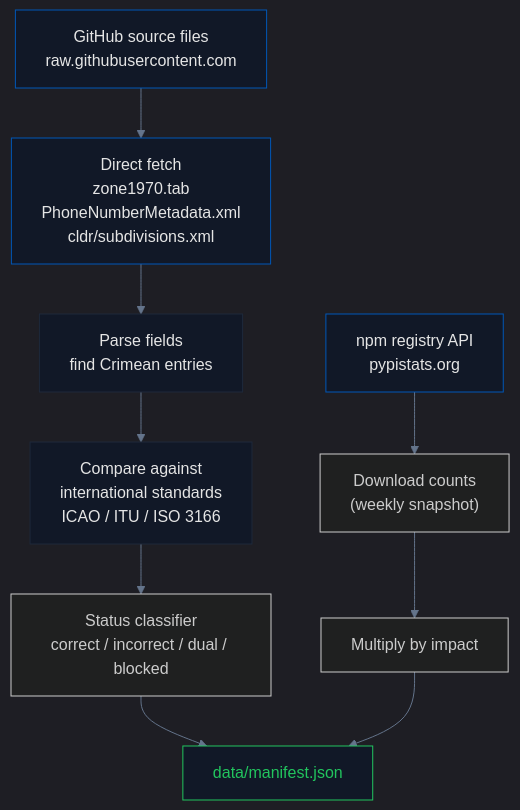
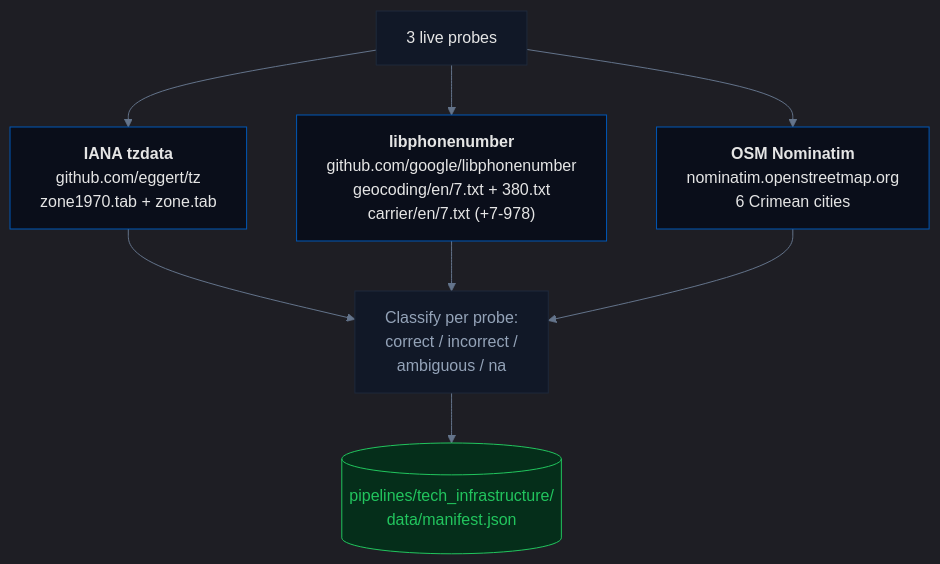
One commit to IvanDobrovolsky/crimeaisukraine changed the second of 2 diagrams in pipelines/tech_infrastructure/README.md. Above: the diagram before and after it, drawn with Mermaid. The commit also changed other lines of this file and 1 other file, not shown here.

First line of the commit message:
Tech_infrastructure README refresh + add institutions section to site

````diff
--- a/pipelines/tech_infrastructure/README.md
+++ b/pipelines/tech_infrastructure/README.md
@@ -96,19 +109,18 @@
 ```mermaid
 %%{init: {'theme': 'dark', 'themeVariables': {'primaryColor': '#0057b7', 'primaryTextColor': '#e5e5e5', 'lineColor': '#64748b', 'primaryBorderColor': '#1e293b'}}}%%
-graph TB
-    A["GitHub source files<br/>raw.githubusercontent.com"] --> B["Direct fetch<br/>zone1970.tab<br/>PhoneNumberMetadata.xml<br/>cldr/subdivisions.xml"]
-    B --> C["Parse fields<br/>find Crimean entries"]
-    C --> D["Compare against<br/>international standards<br/>ICAO / ITU / ISO 3166"]
-    D --> E["Status classifier<br/>correct / incorrect / dual / blocked"]
-    F["npm registry API<br/>pypistats.org"] --> G["Download counts<br/>(weekly snapshot)"]
-    G --> H["Multiply by impact"]
-    E --> I["data/manifest.json"]
-    H --> I
+flowchart TB
+    START["3 live probes"] --> P1["<b>IANA tzdata</b><br/>github.com/eggert/tz<br/>zone1970.tab + zone.tab"]
+    START --> P2["<b>libphonenumber</b><br/>github.com/google/libphonenumber<br/>geocoding/en/7.txt + 380.txt<br/>carrier/en/7.txt (+7-978)"]
+    START --> P3["<b>OSM Nominatim</b><br/>nominatim.openstreetmap.org<br/>6 Crimean cities"]
+    P1 --> CLS["Classify per probe:<br/>correct / incorrect /<br/>ambiguous / na"]
+    P2 --> CLS
+    P3 --> CLS
+    CLS --> MANIFEST[("pipelines/tech_infrastructure/<br/>data/manifest.json")]
 
-    style A fill:#111827,stroke:#0057b7,color:#e5e5e5
-    style B fill:#111827,stroke:#0057b7,color:#e5e5e5
-    style F fill:#111827,stroke:#0057b7,color:#e5e5e5
-    style C fill:#111827,stroke:#1e293b,color:#e5e5e5
-    style D fill:#111827,stroke:#1e293b,color:#e5e5e5
-    style I fill:#111827,stroke:#22c55e,color:#22c55e
+    style START fill:#111827,stroke:#1e293b,color:#e5e5e5
+    style P1 fill:#0a0e1a,stroke:#0057b7,color:#e5e5e5
+    style P2 fill:#0a0e1a,stroke:#0057b7,color:#e5e5e5
+    style P3 fill:#0a0e1a,stroke:#0057b7,color:#e5e5e5
+    style CLS fill:#111827,stroke:#1e293b,color:#94a3b8
+    style MANIFEST fill:#052e1a,stroke:#22c55e,color:#22c55e
 ```
````
